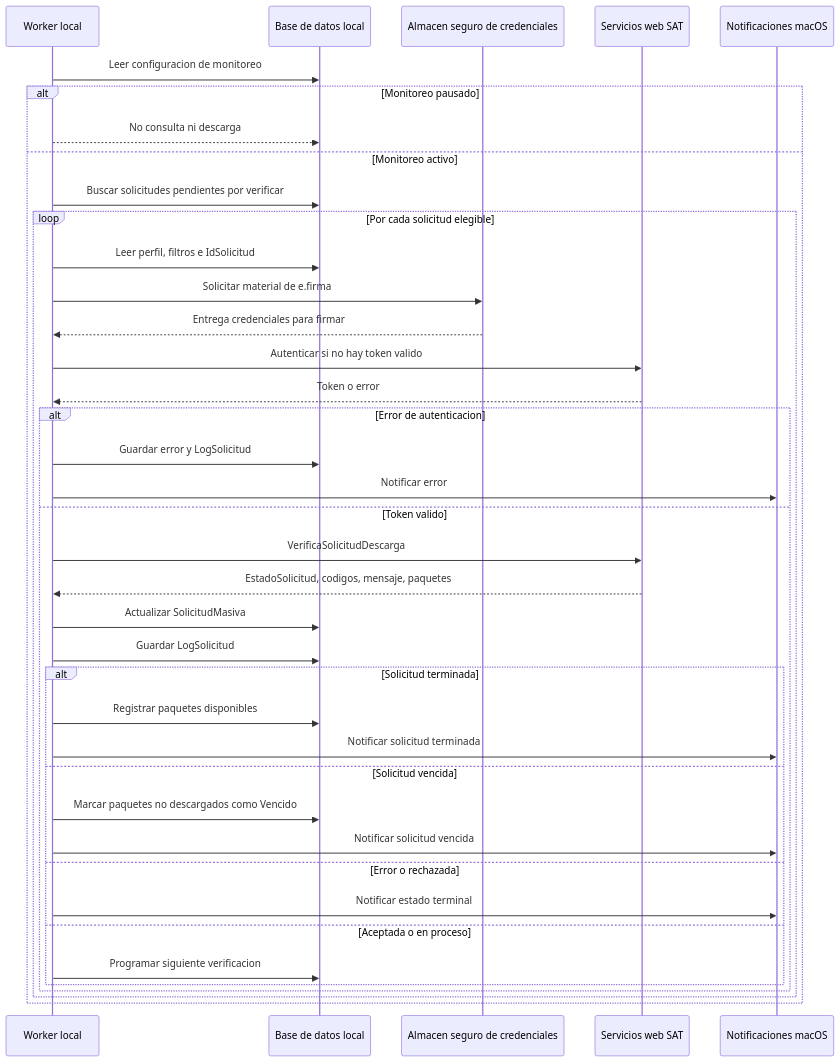
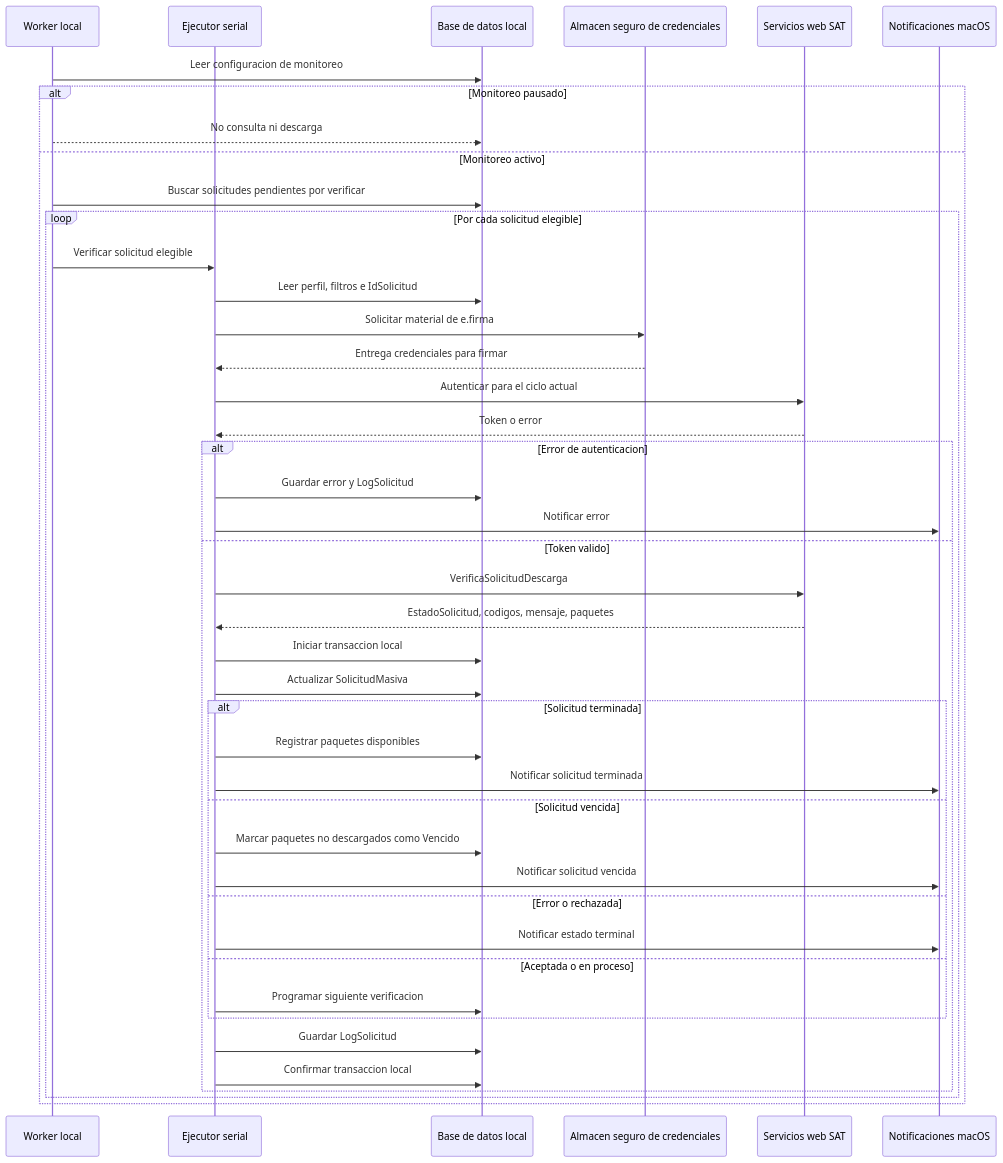
Before and after one commit to irritila/sat-cfdi-downloader: the sixth of 21 diagrams in docs/architecture.md, drawn with Mermaid. The commit also changed other lines of this file and 14 other files, not shown here.

````diff
--- a/docs/architecture.md
+++ b/docs/architecture.md
@@ -285,46 +301,50 @@
 ```mermaid
 sequenceDiagram
     participant Worker as Worker local
+    participant Executor as Ejecutor serial
     participant DB as Base de datos local
     participant Credenciales as Almacen seguro de credenciales
     participant SAT as Servicios web SAT
     participant Notificaciones as Notificaciones macOS
 
     Worker->>DB: Leer configuracion de monitoreo
 
     alt Monitoreo pausado
         Worker-->>DB: No consulta ni descarga
     else Monitoreo activo
         Worker->>DB: Buscar solicitudes pendientes por verificar
 
         loop Por cada solicitud elegible
-            Worker->>DB: Leer perfil, filtros e IdSolicitud
-            Worker->>Credenciales: Solicitar material de e.firma
-            Credenciales-->>Worker: Entrega credenciales para firmar
-            Worker->>SAT: Autenticar si no hay token valido
-            SAT-->>Worker: Token o error
+            Worker->>Executor: Verificar solicitud elegible
+            Executor->>DB: Leer perfil, filtros e IdSolicitud
+            Executor->>Credenciales: Solicitar material de e.firma
+            Credenciales-->>Executor: Entrega credenciales para firmar
+            Executor->>SAT: Autenticar para el ciclo actual
+            SAT-->>Executor: Token o error
 
             alt Error de autenticacion
-                Worker->>DB: Guardar error y LogSolicitud
-                Worker->>Notificaciones: Notificar error
+                Executor->>DB: Guardar error y LogSolicitud
+                Executor->>Notificaciones: Notificar error
             else Token valido
-                Worker->>SAT: VerificaSolicitudDescarga
-                SAT-->>Worker: EstadoSolicitud, codigos, mensaje, paquetes
-                Worker->>DB: Actualizar SolicitudMasiva
-                Worker->>DB: Guardar LogSolicitud
+                Executor->>SAT: VerificaSolicitudDescarga
+                SAT-->>Executor: EstadoSolicitud, codigos, mensaje, paquetes
+                Executor->>DB: Iniciar transaccion local
+                Executor->>DB: Actualizar SolicitudMasiva
 
                 alt Solicitud terminada
-                    Worker->>DB: Registrar paquetes disponibles
-                    Worker->>Notificaciones: Notificar solicitud terminada
+                    Executor->>DB: Registrar paquetes disponibles
+                    Executor->>Notificaciones: Notificar solicitud terminada
                 else Solicitud vencida
-                    Worker->>DB: Marcar paquetes no descargados como Vencido
-                    Worker->>Notificaciones: Notificar solicitud vencida
+                    Executor->>DB: Marcar paquetes no descargados como Vencido
+                    Executor->>Notificaciones: Notificar solicitud vencida
                 else Error o rechazada
-                    Worker->>Notificaciones: Notificar estado terminal
+                    Executor->>Notificaciones: Notificar estado terminal
                 else Aceptada o en proceso
-                    Worker->>DB: Programar siguiente verificacion
+                    Executor->>DB: Programar siguiente verificacion
                 end
+                Executor->>DB: Guardar LogSolicitud
+                Executor->>DB: Confirmar transaccion local
             end
         end
     end
 ```
````
